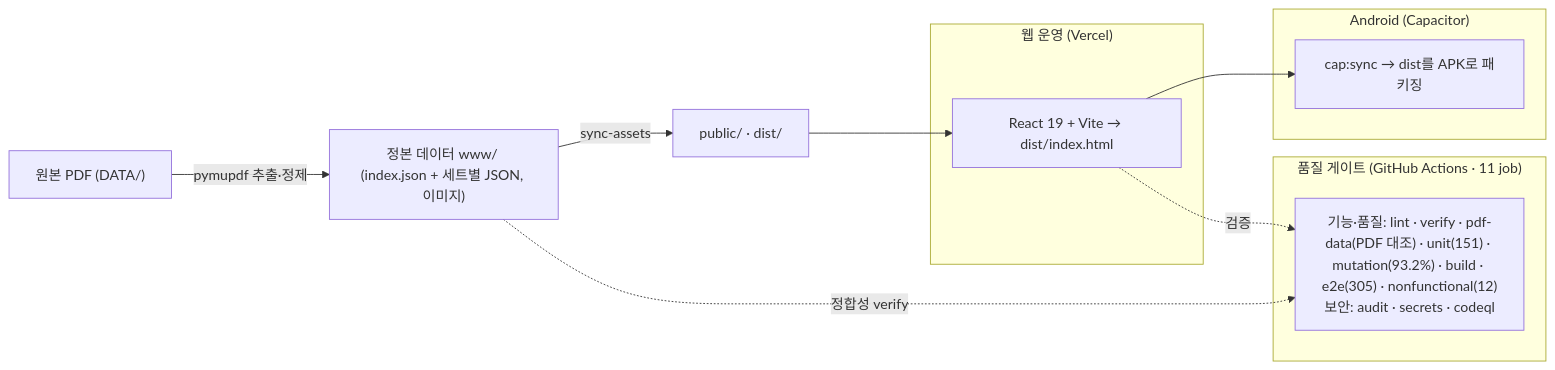
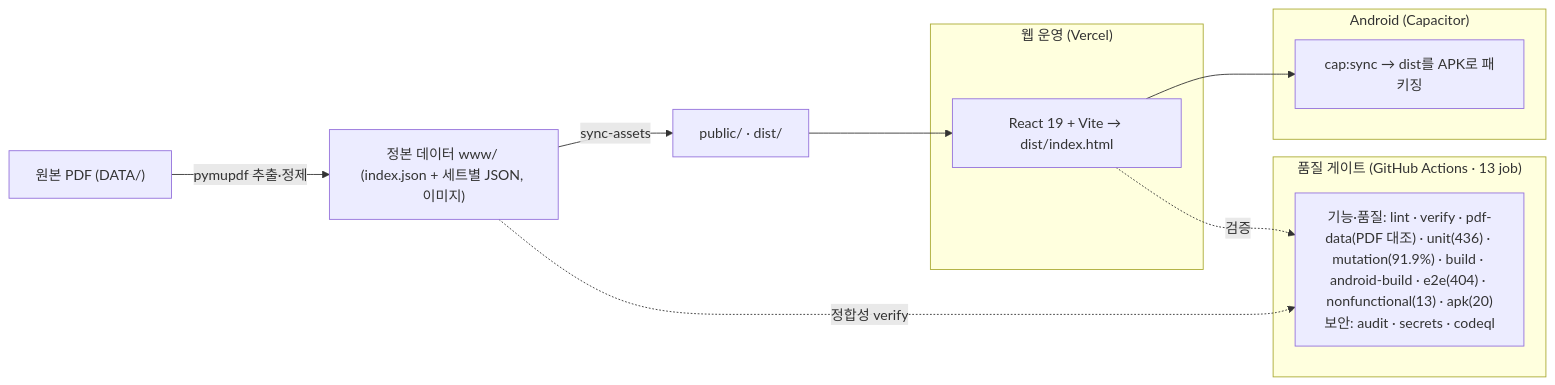
One commit to WindowHyun/ISTQB changed the diagram in README.md. Above: the diagram before and after it, drawn with Mermaid. The commit also changed other lines of this file and 5 other files, not shown here.

````diff
--- a/README.md
+++ b/README.md
@@ -182,20 +196,20 @@
 ```mermaid
 flowchart LR
   PDF["원본 PDF (DATA/)"] -->|pymupdf 추출·정제| SRC["정본 데이터 www/ (index.json + 세트별 JSON, 이미지)"]
   SRC -->|sync-assets| PUB["public/ · dist/"]
 
   subgraph 웹_운영["웹 운영 (Vercel)"]
     REACT["React 19 + Vite → dist/index.html"]
   end
   subgraph APK["Android (Capacitor)"]
     CAP["cap:sync → dist를 APK로 패키징"]
   end
   PUB --> REACT
   REACT --> CAP
 
-  subgraph 품질["품질 게이트 (GitHub Actions · 11 job)"]
-    CI["기능·품질: lint · verify · pdf-data(PDF 대조) · unit(151) · mutation(93.2%) · build · e2e(305) · nonfunctional(12)<br/>보안: audit · secrets · codeql"]
+  subgraph 품질["품질 게이트 (GitHub Actions · 13 job)"]
+    CI["기능·품질: lint · verify · pdf-data(PDF 대조) · unit(436) · mutation(91.9%) · build · android-build · e2e(404) · nonfunctional(13) · apk(20)<br/>보안: audit · secrets · codeql"]
   end
   REACT -.검증.-> CI
   SRC -.정합성 verify.-> CI
 ```
````
